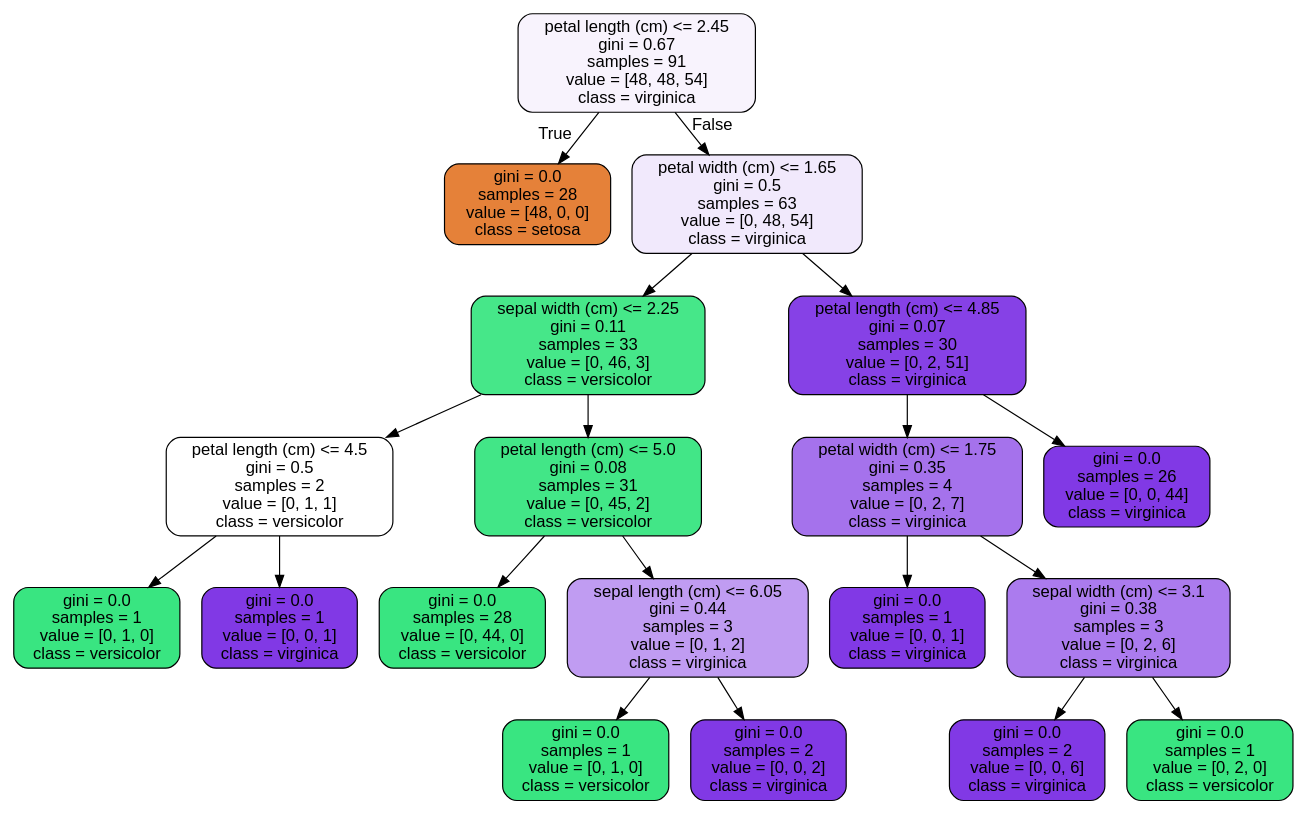
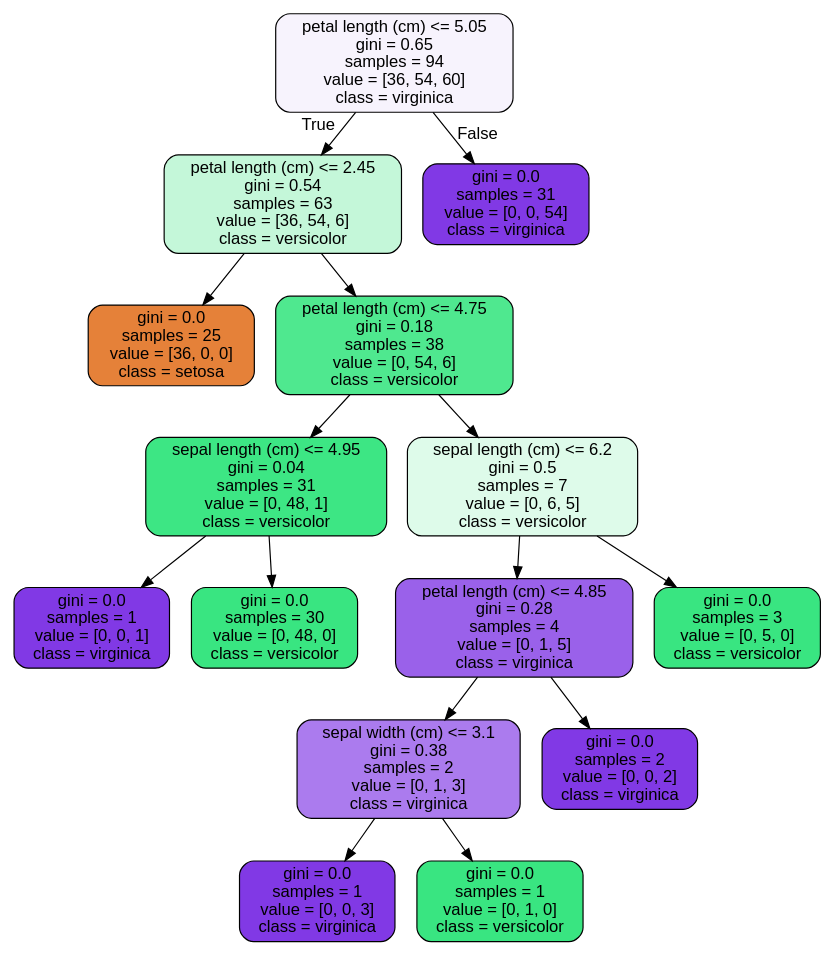
One commit to AMersman/BootcampAssingments changed the diagram in RandomForest Case Study/tree.dot. Above: the diagram before and after it, drawn with Graphviz. The commit also changed 3 other files, not shown here.

```diff
--- a/RandomForest Case Study/tree.dot
+++ b/RandomForest Case Study/tree.dot
@@ -1,41 +1,33 @@
 digraph Tree {
 node [shape=box, style="filled, rounded", color="black", fontname=helvetica] ;
 edge [fontname=helvetica] ;
-0 [label="petal length (cm) <= 2.45\ngini = 0.67\nsamples = 91\nvalue = [48, 48, 54]\nclass = virginica", fillcolor="#f8f3fd"] ;
-1 [label="gini = 0.0\nsamples = 28\nvalue = [48, 0, 0]\nclass = setosa", fillcolor="#e58139"] ;
+0 [label="petal length (cm) <= 5.05\ngini = 0.65\nsamples = 94\nvalue = [36, 54, 60]\nclass = virginica", fillcolor="#f7f3fd"] ;
+1 [label="petal length (cm) <= 2.45\ngini = 0.54\nsamples = 63\nvalue = [36, 54, 6]\nclass = versicolor", fillcolor="#c4f7d9"] ;
 0 -> 1 [labeldistance=2.5, labelangle=45, headlabel="True"] ;
-2 [label="petal width (cm) <= 1.65\ngini = 0.5\nsamples = 63\nvalue = [0, 48, 54]\nclass = virginica", fillcolor="#f1e9fc"] ;
-0 -> 2 [labeldistance=2.5, labelangle=-45, headlabel="False"] ;
-3 [label="sepal width (cm) <= 2.25\ngini = 0.11\nsamples = 33\nvalue = [0, 46, 3]\nclass = versicolor", fillcolor="#46e789"] ;
-2 -> 3 ;
-4 [label="petal length (cm) <= 4.5\ngini = 0.5\nsamples = 2\nvalue = [0, 1, 1]\nclass = versicolor", fillcolor="#ffffff"] ;
+2 [label="gini = 0.0\nsamples = 25\nvalue = [36, 0, 0]\nclass = setosa", fillcolor="#e58139"] ;
+1 -> 2 ;
+3 [label="petal length (cm) <= 4.75\ngini = 0.18\nsamples = 38\nvalue = [0, 54, 6]\nclass = versicolor", fillcolor="#4fe88f"] ;
+1 -> 3 ;
+4 [label="sepal length (cm) <= 4.95\ngini = 0.04\nsamples = 31\nvalue = [0, 48, 1]\nclass = versicolor", fillcolor="#3de684"] ;
 3 -> 4 ;
-5 [label="gini = 0.0\nsamples = 1\nvalue = [0, 1, 0]\nclass = versicolor", fillcolor="#39e581"] ;
+5 [label="gini = 0.0\nsamples = 1\nvalue = [0, 0, 1]\nclass = virginica", fillcolor="#8139e5"] ;
 4 -> 5 ;
-6 [label="gini = 0.0\nsamples = 1\nvalue = [0, 0, 1]\nclass = virginica", fillcolor="#8139e5"] ;
+6 [label="gini = 0.0\nsamples = 30\nvalue = [0, 48, 0]\nclass = versicolor", fillcolor="#39e581"] ;
 4 -> 6 ;
-7 [label="petal length (cm) <= 5.0\ngini = 0.08\nsamples = 31\nvalue = [0, 45, 2]\nclass = versicolor", fillcolor="#42e687"] ;
+7 [label="sepal length (cm) <= 6.2\ngini = 0.5\nsamples = 7\nvalue = [0, 6, 5]\nclass = versicolor", fillcolor="#defbea"] ;
 3 -> 7 ;
-8 [label="gini = 0.0\nsamples = 28\nvalue = [0, 44, 0]\nclass = versicolor", fillcolor="#39e581"] ;
+8 [label="petal length (cm) <= 4.85\ngini = 0.28\nsamples = 4\nvalue = [0, 1, 5]\nclass = virginica", fillcolor="#9a61ea"] ;
 7 -> 8 ;
-9 [label="sepal length (cm) <= 6.05\ngini = 0.44\nsamples = 3\nvalue = [0, 1, 2]\nclass = virginica", fillcolor="#c09cf2"] ;
-7 -> 9 ;
-10 [label="gini = 0.0\nsamples = 1\nvalue = [0, 1, 0]\nclass = versicolor", fillcolor="#39e581"] ;
+9 [label="sepal width (cm) <= 3.1\ngini = 0.38\nsamples = 2\nvalue = [0, 1, 3]\nclass = virginica", fillcolor="#ab7bee"] ;
+8 -> 9 ;
+10 [label="gini = 0.0\nsamples = 1\nvalue = [0, 0, 3]\nclass = virginica", fillcolor="#8139e5"] ;
 9 -> 10 ;
-11 [label="gini = 0.0\nsamples = 2\nvalue = [0, 0, 2]\nclass = virginica", fillcolor="#8139e5"] ;
+11 [label="gini = 0.0\nsamples = 1\nvalue = [0, 1, 0]\nclass = versicolor", fillcolor="#39e581"] ;
 9 -> 11 ;
-12 [label="petal length (cm) <= 4.85\ngini = 0.07\nsamples = 30\nvalue = [0, 2, 51]\nclass = virginica", fillcolor="#8641e6"] ;
-2 -> 12 ;
-13 [label="petal width (cm) <= 1.75\ngini = 0.35\nsamples = 4\nvalue = [0, 2, 7]\nclass = virginica", fillcolor="#a572ec"] ;
-12 -> 13 ;
-14 [label="gini = 0.0\nsamples = 1\nvalue = [0, 0, 1]\nclass = virginica", fillcolor="#8139e5"] ;
-13 -> 14 ;
-15 [label="sepal width (cm) <= 3.1\ngini = 0.38\nsamples = 3\nvalue = [0, 2, 6]\nclass = virginica", fillcolor="#ab7bee"] ;
-13 -> 15 ;
-16 [label="gini = 0.0\nsamples = 2\nvalue = [0, 0, 6]\nclass = virginica", fillcolor="#8139e5"] ;
-15 -> 16 ;
-17 [label="gini = 0.0\nsamples = 1\nvalue = [0, 2, 0]\nclass = versicolor", fillcolor="#39e581"] ;
-15 -> 17 ;
-18 [label="gini = 0.0\nsamples = 26\nvalue = [0, 0, 44]\nclass = virginica", fillcolor="#8139e5"] ;
-12 -> 18 ;
+12 [label="gini = 0.0\nsamples = 2\nvalue = [0, 0, 2]\nclass = virginica", fillcolor="#8139e5"] ;
+8 -> 12 ;
+13 [label="gini = 0.0\nsamples = 3\nvalue = [0, 5, 0]\nclass = versicolor", fillcolor="#39e581"] ;
+7 -> 13 ;
+14 [label="gini = 0.0\nsamples = 31\nvalue = [0, 0, 54]\nclass = virginica", fillcolor="#8139e5"] ;
+0 -> 14 [labeldistance=2.5, labelangle=-45, headlabel="False"] ;
 }
```
